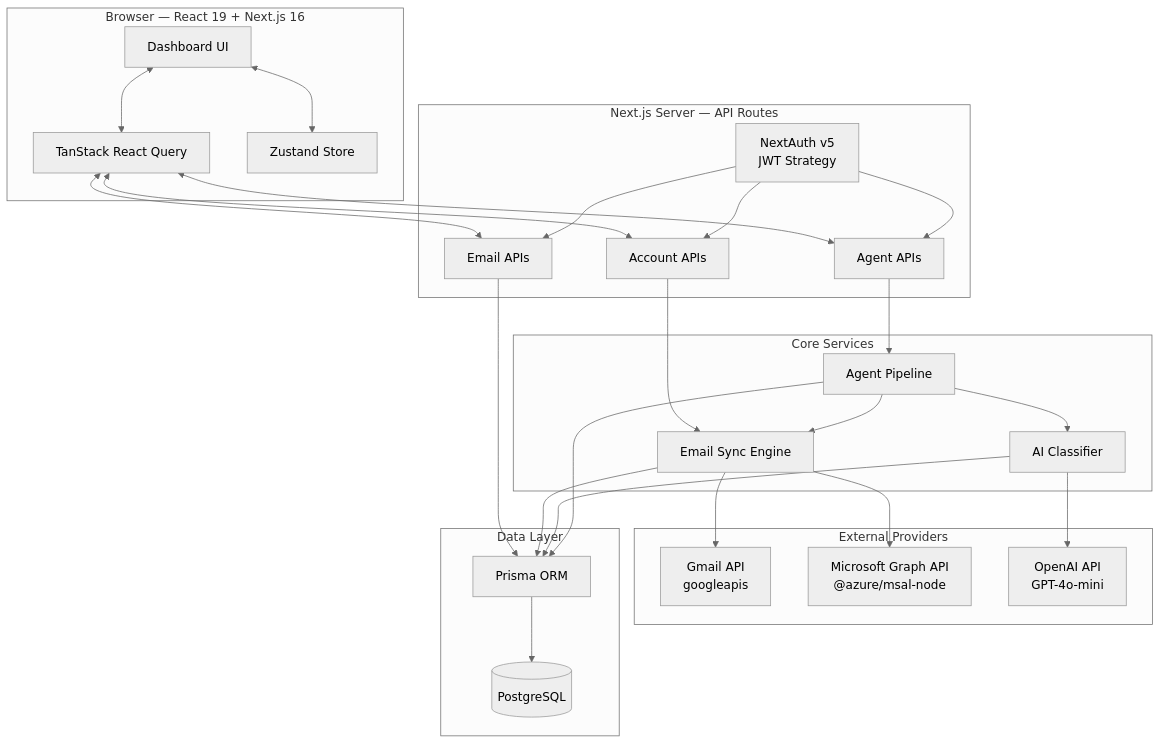
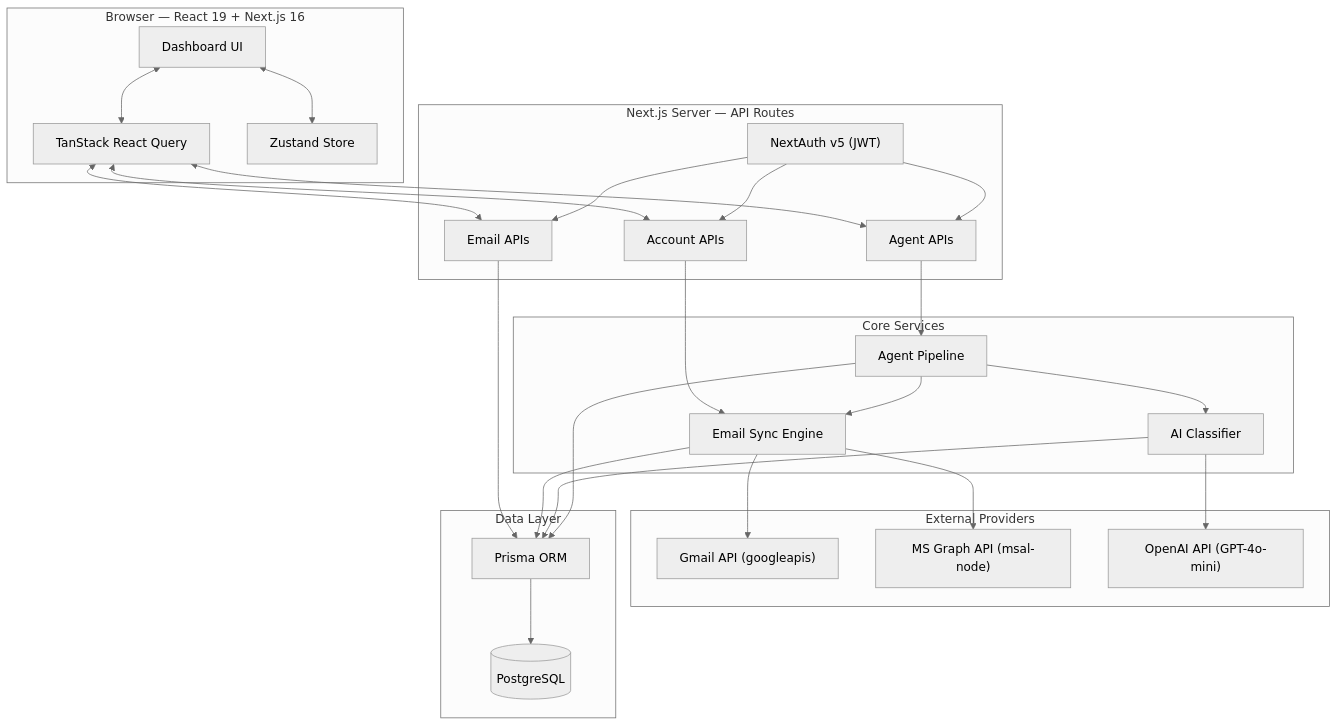
The first of 9 diagrams in README.md (viditkbhatnagar/Email-Agent), drawn with Mermaid (neutral theme) before and after one commit. The commit also changed other lines of this file, not shown here.

First line of the commit message:
Fix Mermaid diagrams: replace HTML br tags with GitHub-compatible syntax

````diff
--- a/README.md
+++ b/README.md
@@ -43,57 +43,57 @@
 ```mermaid
 graph TB
     subgraph Client["Browser — React 19 + Next.js 16"]
         UI[Dashboard UI]
         RQ[TanStack React Query]
         ZS[Zustand Store]
     end
 
     subgraph NextJS["Next.js Server — API Routes"]
-        AUTH[NextAuth v5<br/>JWT Strategy]
+        AUTH["NextAuth v5 (JWT)"]
         EMAIL_API[Email APIs]
         AGENT_API[Agent APIs]
         ACCOUNT_API[Account APIs]
     end
 
     subgraph Services["Core Services"]
         SYNC[Email Sync Engine]
         CLASSIFIER[AI Classifier]
         PIPELINE[Agent Pipeline]
     end
 
     subgraph Providers["External Providers"]
-        GMAIL[Gmail API<br/>googleapis]
-        OUTLOOK[Microsoft Graph API<br/>@azure/msal-node]
-        OPENAI[OpenAI API<br/>GPT-4o-mini]
+        GMAIL["Gmail API (googleapis)"]
+        OUTLOOK["MS Graph API (msal-node)"]
+        OPENAI["OpenAI API (GPT-4o-mini)"]
     end
 
     subgraph Data["Data Layer"]
         PRISMA[Prisma ORM]
         PG[(PostgreSQL)]
     end
 
     UI <--> RQ
     RQ <--> EMAIL_API
     RQ <--> AGENT_API
     RQ <--> ACCOUNT_API
     UI <--> ZS
 
     AUTH --> EMAIL_API
     AUTH --> AGENT_API
     AUTH --> ACCOUNT_API
 
     AGENT_API --> PIPELINE
     ACCOUNT_API --> SYNC
     EMAIL_API --> PRISMA
 
     PIPELINE --> SYNC
     PIPELINE --> CLASSIFIER
     SYNC --> GMAIL
     SYNC --> OUTLOOK
     CLASSIFIER --> OPENAI
 
     SYNC --> PRISMA
     CLASSIFIER --> PRISMA
     PIPELINE --> PRISMA
     PRISMA --> PG
 ```
````
